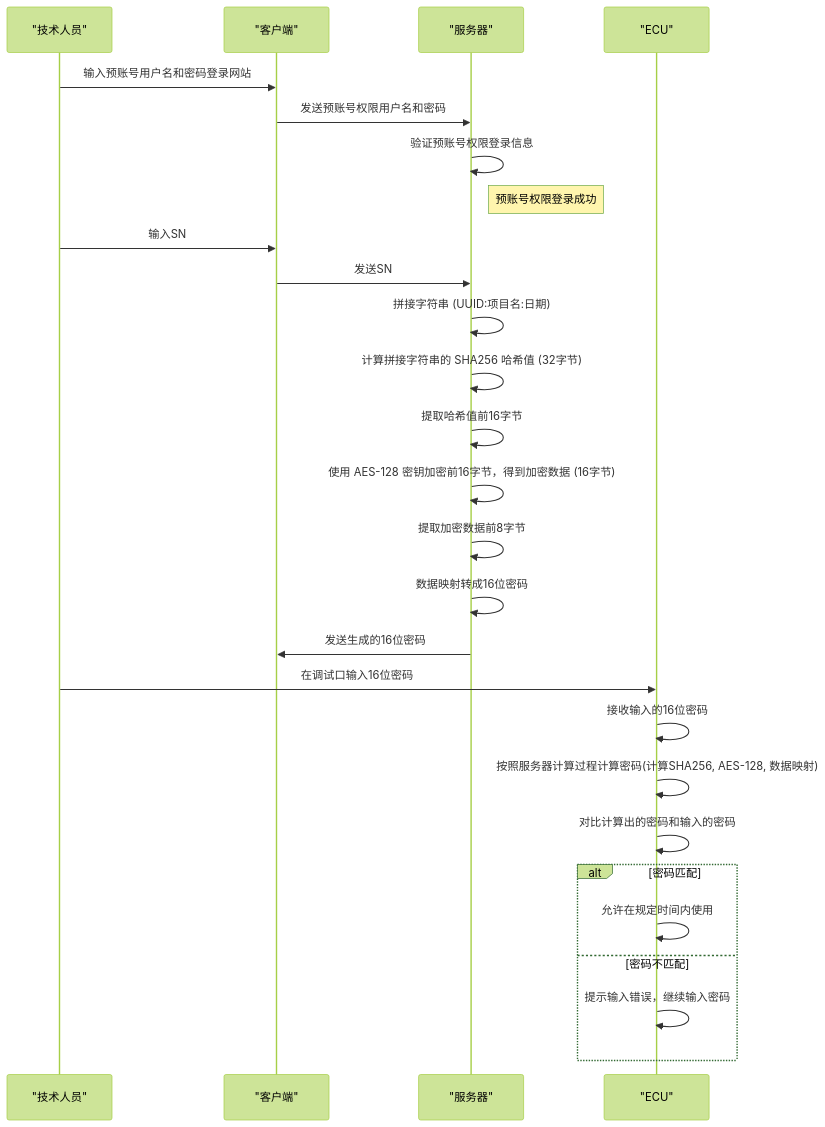
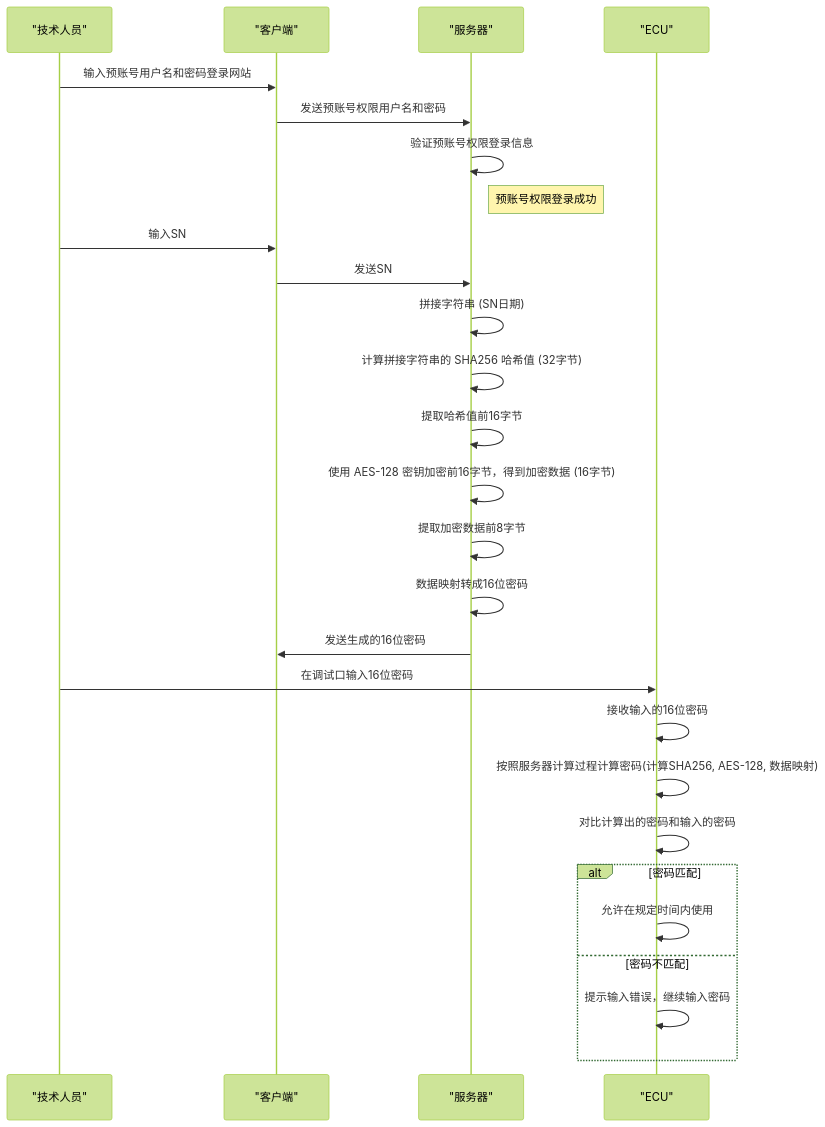
Before and after one commit to facebook-cloud/iodraw-files: the diagram in all/未命名-12.md, drawn with Mermaid (forest theme).

Commit message:
2026-01-14 13:54:19 update

````diff
--- a/all/未命名-12.md
+++ b/all/未命名-12.md
@@ -1,38 +1,38 @@
 ```mermaid
 sequenceDiagram
     participant Technician as "技术人员"
     participant Client as "客户端"
     participant Server as "服务器"
     participant ECU as "ECU"
 
     Technician->>Client: 输入预账号用户名和密码登录网站
     Client->>Server: 发送预账号权限用户名和密码
 
     Server->>Server: 验证预账号权限登录信息
     Note right of Server: 预账号权限登录成功
 
     Technician->>Client: 输入SN
     Client->>Server: 发送SN
 
-    Server->>Server: 拼接字符串 (UUID:项目名:日期)
+    Server->>Server: 拼接字符串 (SN日期)
     Server->>Server: 计算拼接字符串的 SHA256 哈希值 (32字节)
     Server->>Server: 提取哈希值前16字节
     Server->>Server: 使用 AES-128 密钥加密前16字节，得到加密数据 (16字节)
     Server->>Server: 提取加密数据前8字节
     Server->>Server: 数据映射转成16位密码
 
     Server->>Client: 发送生成的16位密码
 
     Technician->>ECU: 在调试口输入16位密码
 
     ECU->>ECU: 接收输入的16位密码
     ECU->>ECU: 按照服务器计算过程计算密码(计算SHA256, AES-128, 数据映射)
 
     ECU->>ECU: 对比计算出的密码和输入的密码
     alt 密码匹配
         ECU->>ECU: 允许在规定时间内使用
     else 密码不匹配
         ECU->>ECU: 提示输入错误，继续输入密码
     end
 
 ```
````
